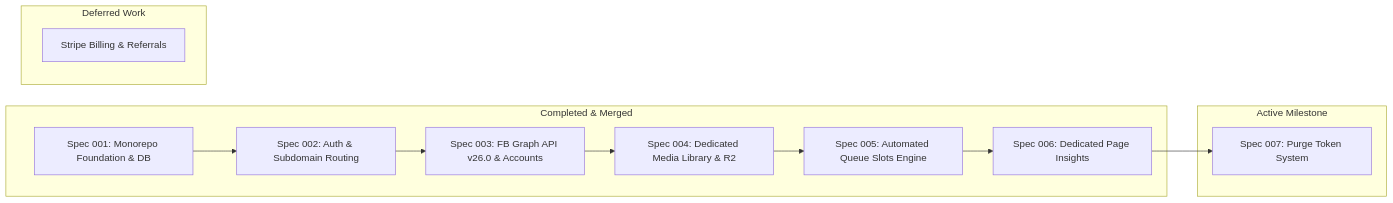
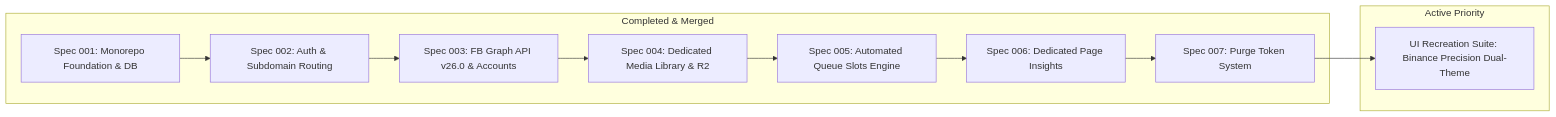
The second of 2 diagrams in docs/foundational-knowledge.md (Velocta/fbuploadpro), drawn with Mermaid before and after one commit. The commit also changed other lines of this file and 29 other files, not shown here.

````diff
--- a/docs/foundational-knowledge.md
+++ b/docs/foundational-knowledge.md
@@ -163,21 +168,18 @@
 ```mermaid
 flowchart LR
   subgraph Done [Completed & Merged]
     M1[Spec 001: Monorepo Foundation & DB]
     M2[Spec 002: Auth & Subdomain Routing]
     M3[Spec 003: FB Graph API v26.0 & Accounts]
     M4[Spec 004: Dedicated Media Library & R2]
     M5[Spec 005: Automated Queue Slots Engine]
     M6[Spec 006: Dedicated Page Insights]
-  end
-
-  subgraph Active [Active Milestone]
     M7[Spec 007: Purge Token System]
   end
 
-  subgraph Deferred [Deferred Work]
-    M8[Stripe Billing & Referrals]
+  subgraph CurrentFocus [Active Priority]
+    UIRecreate[UI Recreation Suite: Binance Precision Dual-Theme]
   end
 
-  M1 --> M2 --> M3 --> M4 --> M5 --> M6 --> M7
+  M1 --> M2 --> M3 --> M4 --> M5 --> M6 --> M7 --> UIRecreate
 ```
````
